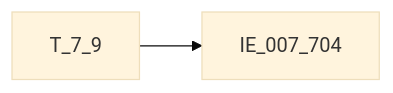
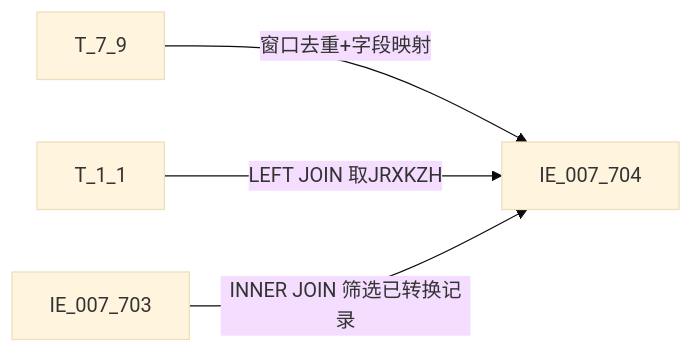
Before and after one commit to zhoujk1989-arch/Obsidian: the diagram in regulatory-data-lab/知识库/血缘/EAST5.0系统/血缘-IE_007_704-资产转让关系表-EAST5.0系统.md, drawn with Mermaid (base theme). The commit also changed other lines of this file and 93 other files, not shown here.

````diff
--- a/regulatory-data-lab/知识库/血缘/EAST5.0系统/血缘-IE_007_704-资产转让关系表-EAST5.0系统.md
+++ b/regulatory-data-lab/知识库/血缘/EAST5.0系统/血缘-IE_007_704-资产转让关系表-EAST5.0系统.md
@@ -71,4 +82,6 @@
 ```mermaid
 flowchart LR
-    S1["T_7_9"] --> T["IE_007_704"]
+    S1["T_7_9"] -->|窗口去重+字段映射| T["IE_007_704"]
+    S2["T_1_1"] -->|LEFT JOIN 取JRXKZH| T
+    S3["IE_007_703"] -->|INNER JOIN 筛选已转换记录| T
 ```
````
